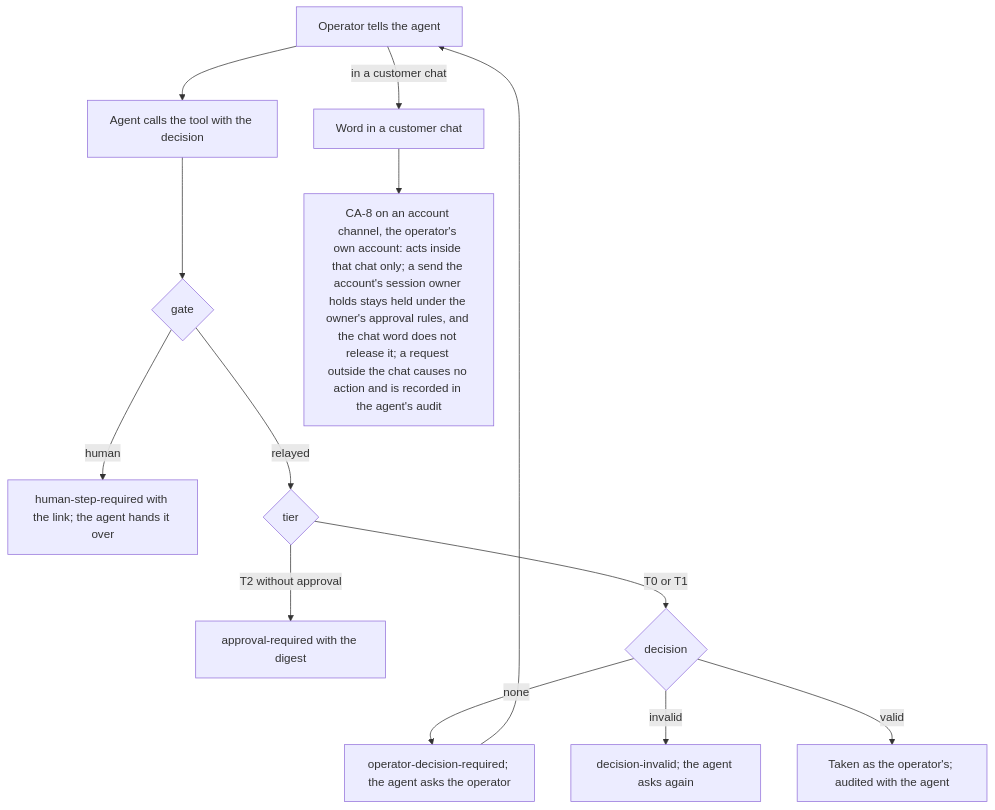
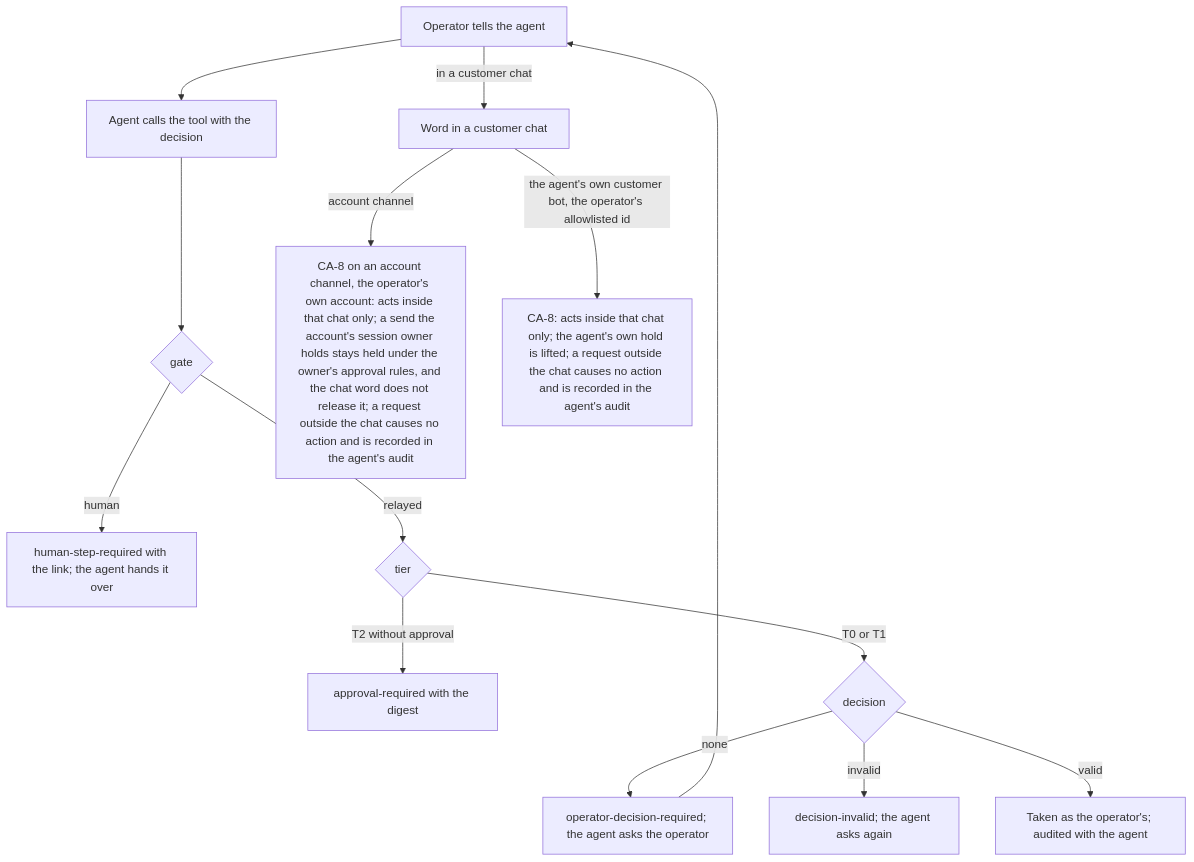
Diagram 29 of 34 in docs/ux/flows.md (passioncode-ai/fabric-agent-contract), drawn with Mermaid before and after one commit. The commit also changed 8 other files, not shown here.

````diff
--- a/docs/ux/flows.md
+++ b/docs/ux/flows.md
@@ -745,15 +745,16 @@
 ```mermaid
 flowchart TD
   O[Operator tells the agent] --> C[Agent calls the tool with the decision]
   C --> G{gate}
   G -->|human| H[human-step-required with the link; the agent hands it over]
   G -->|relayed| T{tier}
   T -->|T2 without approval| A[approval-required with the digest]
   T -->|T0 or T1| D{decision}
   D -->|none| Q[operator-decision-required; the agent asks the operator]
   Q --> O
   D -->|invalid| I[decision-invalid; the agent asks again]
   D -->|valid| R[Taken as the operator's; audited with the agent]
   O -->|in a customer chat| W[Word in a customer chat]
-  W --> K[CA-8 on an account channel, the operator's own account: acts inside that chat only; a send the account's session owner holds stays held under the owner's approval rules, and the chat word does not release it; a request outside the chat causes no action and is recorded in the agent's audit]
+  W -->|account channel| K[CA-8 on an account channel, the operator's own account: acts inside that chat only; a send the account's session owner holds stays held under the owner's approval rules, and the chat word does not release it; a request outside the chat causes no action and is recorded in the agent's audit]
+  W -->|the agent's own customer bot, the operator's allowlisted id| B[CA-8: acts inside that chat only; the agent's own hold is lifted; a request outside the chat causes no action and is recorded in the agent's audit]
 ```
````
